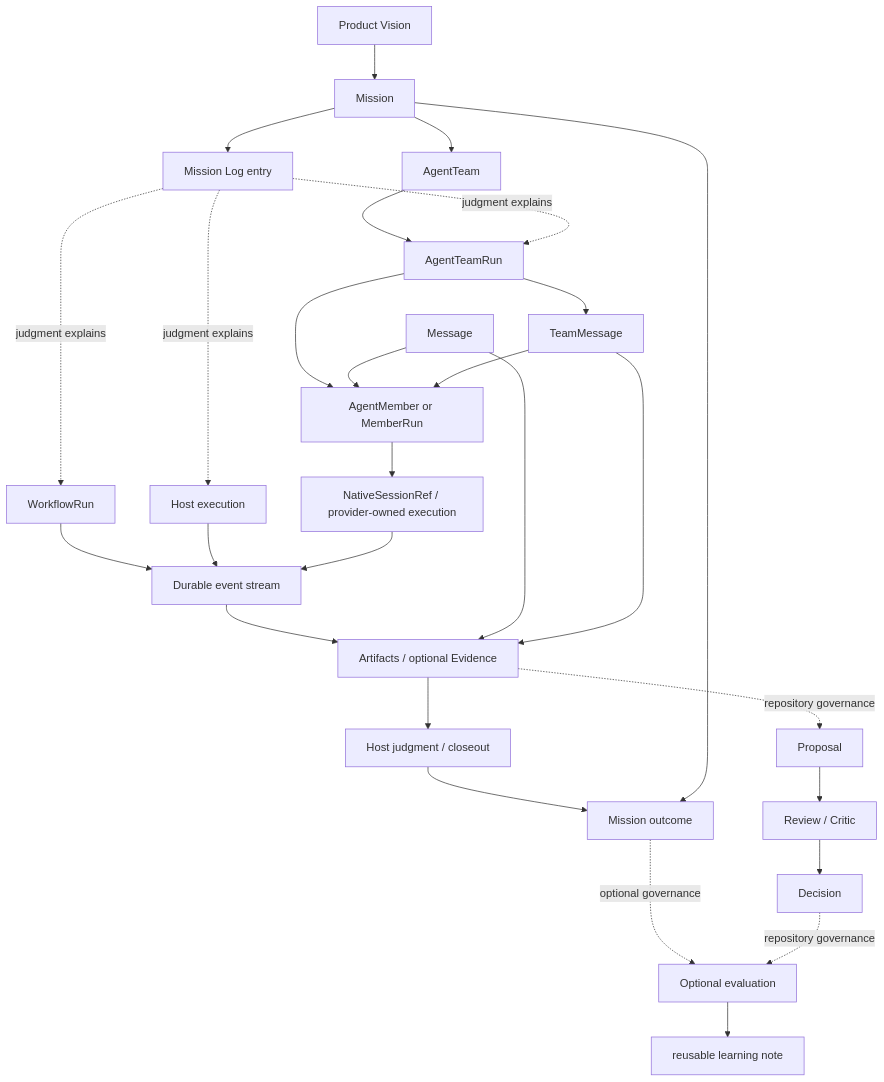
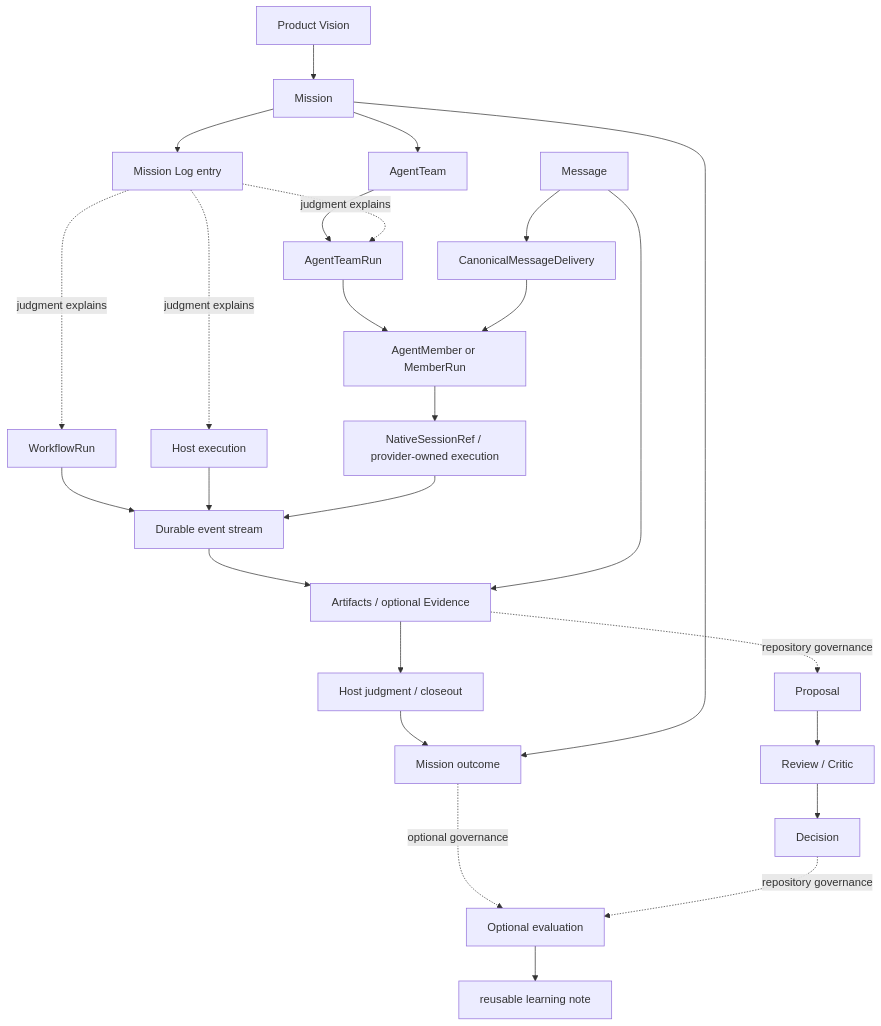
Before and after one commit to cyl19970726/multi-agent-harness: the diagram in docs/current/architecture/concept-model.md, drawn with Mermaid. The commit also changed other lines of this file and 50 other files, not shown here.

Commit message:
fix(runtime): bind canonical messages to team space

````diff
--- a/docs/current/architecture/concept-model.md
+++ b/docs/current/architecture/concept-model.md
@@ -40,51 +40,49 @@
 ```mermaid
 flowchart TD
   Vision[Product Vision]
   Mission[Mission]
   MissionLog[Mission Log entry]
   Team[AgentTeam]
   TeamRun[AgentTeamRun]
   WorkflowRun[WorkflowRun]
   HostExec[Host execution]
   Message[Message]
-  TeamMessage[TeamMessage]
+  Delivery[CanonicalMessageDelivery]
   Member[AgentMember or MemberRun]
   Provider[NativeSessionRef / provider-owned execution]
   Event[Durable event stream]
   Evidence[Artifacts / optional Evidence]
   Judgment[Host judgment / closeout]
   Outcome[Mission outcome]
   Proposal[Proposal]
   Review[Review / Critic]
   Decision[Decision]
   Eval[Optional evaluation]
   Case[reusable learning note]
 
   Vision --> Mission
   Mission --> MissionLog
   Mission --> Team
   Team --> TeamRun
   MissionLog -. judgment explains .-> TeamRun
   MissionLog -. judgment explains .-> WorkflowRun
   MissionLog -. judgment explains .-> HostExec
-  TeamRun --> TeamMessage
   TeamRun --> Member
   WorkflowRun --> Event
   HostExec --> Event
-  Message --> Member
-  TeamMessage --> Member
+  Message --> Delivery
+  Delivery --> Member
   Member --> Provider
   Provider --> Event
   Event --> Evidence
   Message --> Evidence
-  TeamMessage --> Evidence
   Evidence --> Judgment
   Judgment --> Outcome
   Mission --> Outcome
   Outcome -. optional governance .-> Eval
   Evidence -. repository governance .-> Proposal
   Proposal --> Review
   Review --> Decision
   Decision -. repository governance .-> Eval
   Eval --> Case
 ```
````
